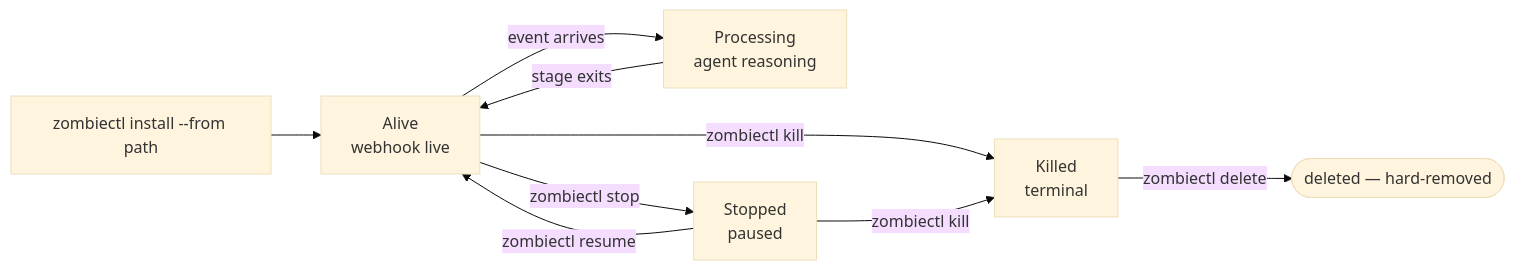
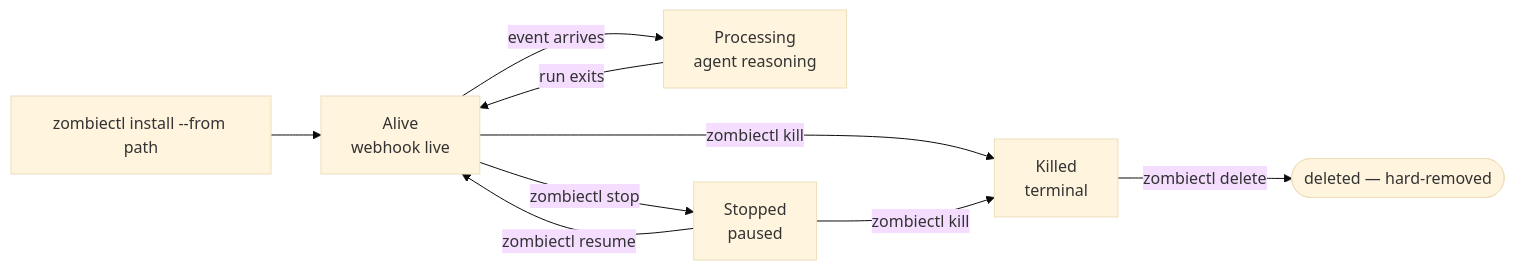
One commit to agentsfleet/docs changed the diagram in zombies/overview.mdx. Above: the diagram before and after it, drawn with Mermaid (base theme). The commit also changed other lines of this file and 15 other files, not shown here.

First line of the commit message:
docs(m80_010): rename stage→run billing + execution vocabulary

````diff
--- a/zombies/overview.mdx
+++ b/zombies/overview.mdx
@@ -16,11 +16,11 @@
 ```mermaid
 flowchart LR
     Install[zombiectl install --from path] --> Alive[Alive<br/>webhook live]
     Alive -->|event arrives| Processing[Processing<br/>agent reasoning]
-    Processing -->|stage exits| Alive
+    Processing -->|run exits| Alive
     Alive -->|zombiectl stop| Stopped[Stopped<br/>paused]
     Stopped -->|zombiectl resume| Alive
     Alive -->|zombiectl kill| Killed[Killed<br/>terminal]
     Stopped -->|zombiectl kill| Killed
     Killed -->|zombiectl delete| Deleted([deleted — hard-removed])
 ```
````
